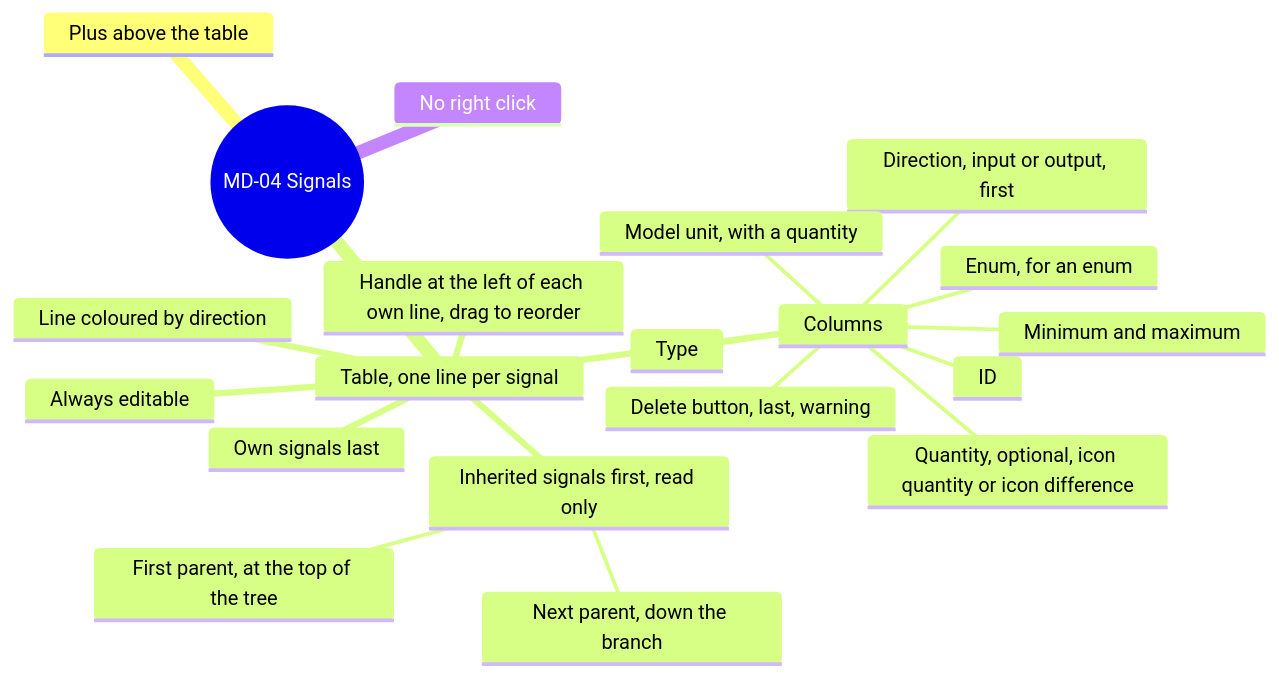
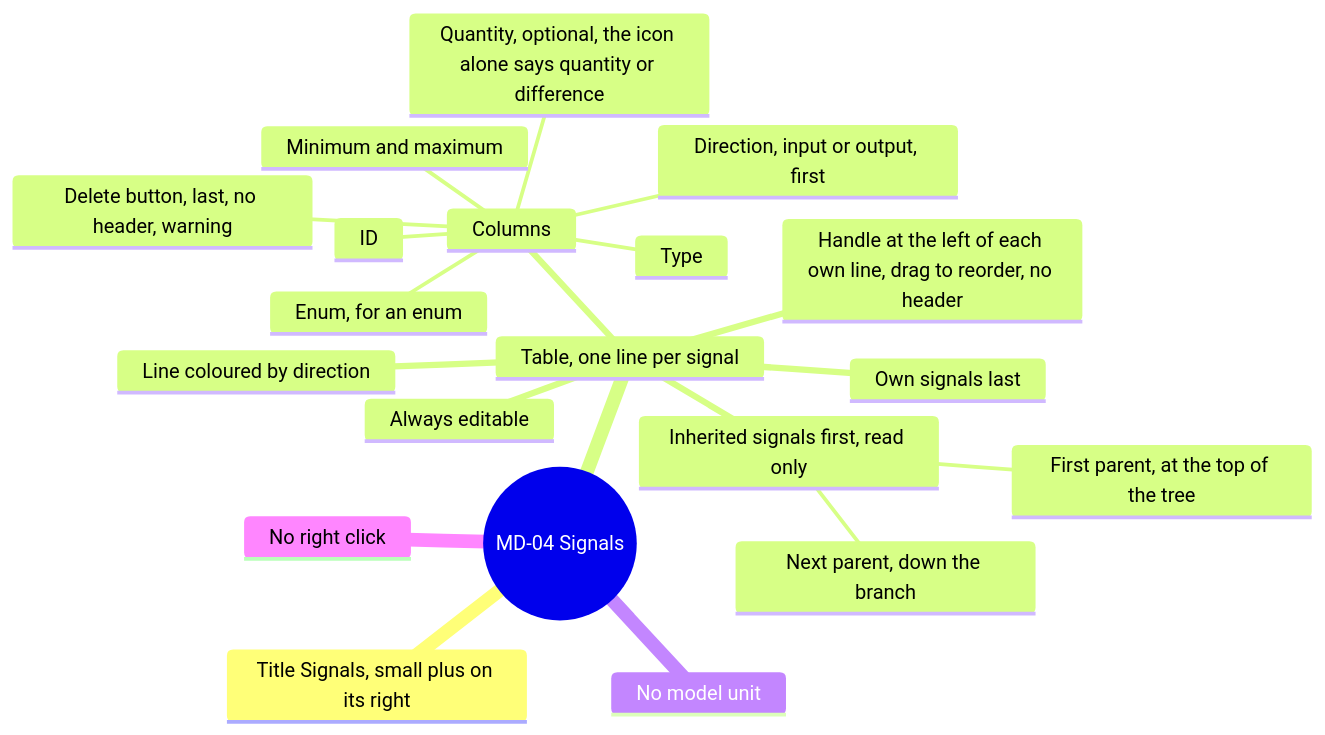
Before and after one commit to AlexandreGallais/synoptic-studio-spec: the seventh of 15 diagrams in screens/metadata.md, drawn with Mermaid. The commit also changed other lines of this file and 12 other files, not shown here.

````diff
--- a/screens/metadata.md
+++ b/screens/metadata.md
@@ -197,23 +197,23 @@
 ```mermaid
 mindmap
   root((MD-04 Signals))
-    Plus above the table
+    Title Signals, small plus on its right
     Table, one line per signal
       Inherited signals first, read only
         First parent, at the top of the tree
         Next parent, down the branch
       Own signals last
       Always editable
       Line coloured by direction
-      Handle at the left of each own line, drag to reorder
+      Handle at the left of each own line, drag to reorder, no header
       Columns
         Direction, input or output, first
         ID
         Type
         Enum, for an enum
-        Quantity, optional, icon quantity or icon difference
-        Model unit, with a quantity
+        Quantity, optional, the icon alone says quantity or difference
         Minimum and maximum
-        Delete button, last, warning
+        Delete button, last, no header, warning
+    No model unit
     No right click
 ```
````
